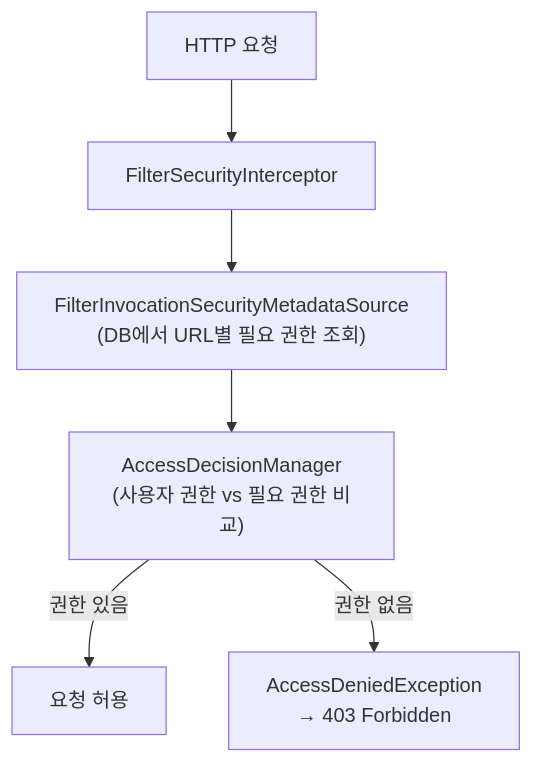
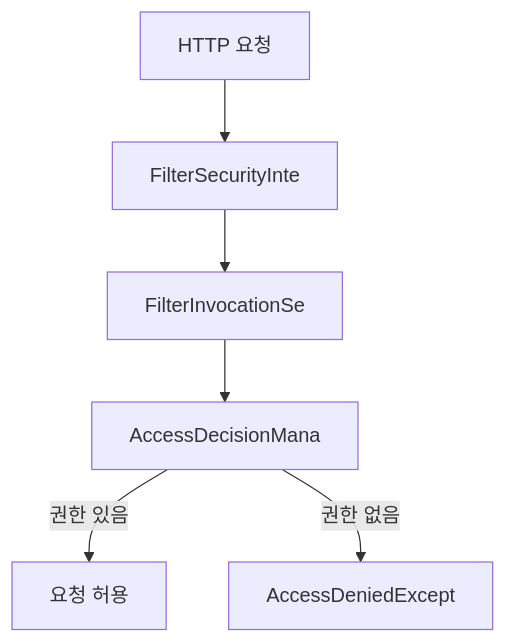
One commit to yjkim2015/yjkim2015.github.io changed the second of 2 diagrams in _posts/security/2021-02-24-권한 설정 및 표현식.md. Above: the diagram before and after it, drawn with Mermaid. The commit also changed other lines of this file and 271 other files, not shown here.

First line of the commit message:
Mermaid 라벨 축소: 긴 노드 텍스트 18자 이하로 트림 + \n 제거

````diff
--- a/_posts/security/2021-02-24-권한 설정 및 표현식.md
+++ b/_posts/security/2021-02-24-권한 설정 및 표현식.md
@@ -182,8 +182,8 @@
 ```mermaid
 flowchart TD
-    A["HTTP 요청"] --> B["FilterSecurityInterceptor"]
-    B --> C["FilterInvocationSecurityMetadataSource\n(DB에서 URL별 필요 권한 조회)"]
-    C --> D["AccessDecisionManager\n(사용자 권한 vs 필요 권한 비교)"]
+    A["HTTP 요청"] --> B["FilterSecurityInte"]
+    B --> C["FilterInvocationSe"]
+    C --> D["AccessDecisionMana"]
     D -- "권한 있음" --> E["요청 허용"]
-    D -- "권한 없음" --> F["AccessDeniedException\n→ 403 Forbidden"]
+    D -- "권한 없음" --> F["AccessDeniedExcept"]
 ```
````
